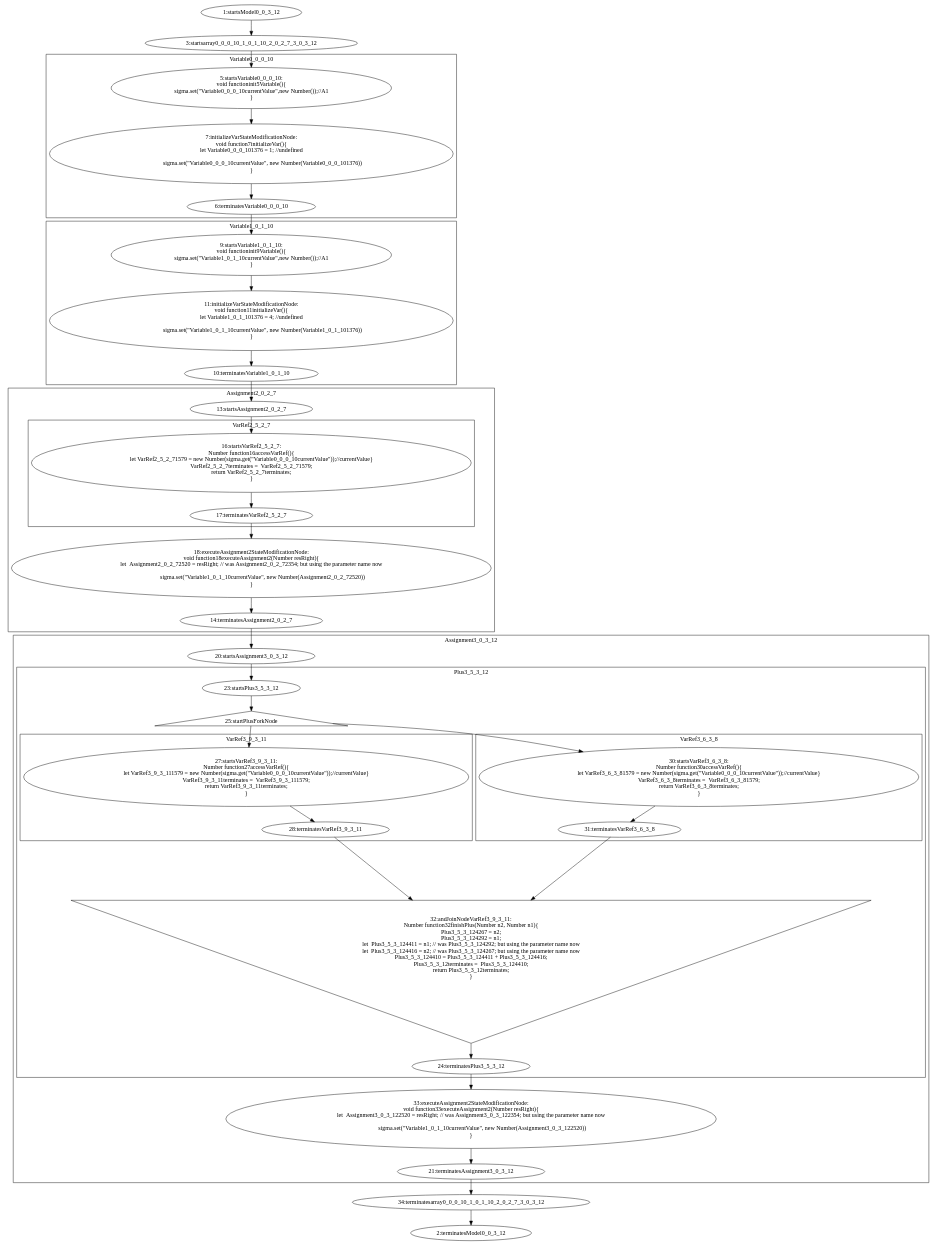
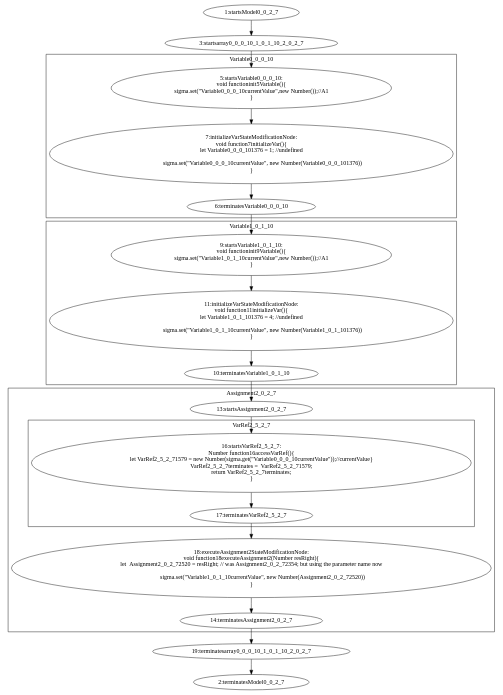
Before and after one commit to WWeishen/interpreter: the diagram in temp/generated/testVarDecl.dot, drawn with Graphviz. The commit also changed 19 other files, not shown here.

```diff
--- a/temp/generated/testVarDecl.dot
+++ b/temp/generated/testVarDecl.dot
@@ -1,128 +1,69 @@
 digraph G {
 subgraph cluster_4 {
 label = "Variable0_0_0_10";
   "5" [label="5:startsVariable0_0_0_10:
 void functioninit5Variable(){
 sigma.set(\"Variable0_0_0_10currentValue\",new Number());//A1
 }" shape="ellipse" ];
   "6" [label="6:terminatesVariable0_0_0_10" shape="ellipse" ];
   "7" [label="7:initializeVarStateModificationNode:
 void function7initializeVar(){
 let Variable0_0_0_101376 = 1; //undefined
 
                 sigma.set(\"Variable0_0_0_10currentValue\", new Number(Variable0_0_0_101376))
 }" shape="ellipse" ];
 }
 subgraph cluster_8 {
 label = "Variable1_0_1_10";
   "9" [label="9:startsVariable1_0_1_10:
 void functioninit9Variable(){
 sigma.set(\"Variable1_0_1_10currentValue\",new Number());//A1
 }" shape="ellipse" ];
   "10" [label="10:terminatesVariable1_0_1_10" shape="ellipse" ];
   "11" [label="11:initializeVarStateModificationNode:
 void function11initializeVar(){
 let Variable1_0_1_101376 = 4; //undefined
 
                 sigma.set(\"Variable1_0_1_10currentValue\", new Number(Variable1_0_1_101376))
 }" shape="ellipse" ];
 }
 subgraph cluster_12 {
 label = "Assignment2_0_2_7";
   "13" [label="13:startsAssignment2_0_2_7" shape="ellipse" ];
   "14" [label="14:terminatesAssignment2_0_2_7" shape="ellipse" ];
   "18" [label="18:executeAssignment2StateModificationNode:
 void function18executeAssignment2(Number resRight){
 let  Assignment2_0_2_72520 = resRight; // was Assignment2_0_2_72354; but using the parameter name now
                                  
                 sigma.set(\"Variable1_0_1_10currentValue\", new Number(Assignment2_0_2_72520))
 }" shape="ellipse" ];
 subgraph cluster_15 {
 label = "VarRef2_5_2_7";
   "16" [label="16:startsVarRef2_5_2_7:
 Number function16accessVarRef(){
 let VarRef2_5_2_71579 = new Number(sigma.get(\"Variable0_0_0_10currentValue\"));//currentValue}
 VarRef2_5_2_7terminates =  VarRef2_5_2_71579;
 return VarRef2_5_2_7terminates;
 }" shape="ellipse" ];
   "17" [label="17:terminatesVarRef2_5_2_7" shape="ellipse" ];
 }
 }
-subgraph cluster_19 {
-label = "Assignment3_0_3_12";
-  "20" [label="20:startsAssignment3_0_3_12" shape="ellipse" ];
-  "21" [label="21:terminatesAssignment3_0_3_12" shape="ellipse" ];
-  "33" [label="33:executeAssignment2StateModificationNode:
-void function33executeAssignment2(Number resRight){
-let  Assignment3_0_3_122520 = resRight; // was Assignment3_0_3_122354; but using the parameter name now
-                                 
-                sigma.set(\"Variable1_0_1_10currentValue\", new Number(Assignment3_0_3_122520))
-}" shape="ellipse" ];
-subgraph cluster_22 {
-label = "Plus3_5_3_12";
-  "23" [label="23:startsPlus3_5_3_12" shape="ellipse" ];
-  "24" [label="24:terminatesPlus3_5_3_12" shape="ellipse" ];
-  "25" [label="25:startPlusForkNode" shape="triangle" ];
-  "32" [label="32:andJoinNodeVarRef3_9_3_11:
-Number function32finishPlus(Number n2, Number n1){
-Plus3_5_3_124267 = n2;
-Plus3_5_3_124292 = n1;
-let  Plus3_5_3_124411 = n1; // was Plus3_5_3_124292; but using the parameter name now
-let  Plus3_5_3_124416 = n2; // was Plus3_5_3_124267; but using the parameter name now
-Plus3_5_3_124410 = Plus3_5_3_124411 + Plus3_5_3_124416;
-Plus3_5_3_12terminates =  Plus3_5_3_124410;
-return Plus3_5_3_12terminates;
-}" shape="invtriangle" ];
-subgraph cluster_26 {
-label = "VarRef3_9_3_11";
-  "27" [label="27:startsVarRef3_9_3_11:
-Number function27accessVarRef(){
-let VarRef3_9_3_111579 = new Number(sigma.get(\"Variable0_0_0_10currentValue\"));//currentValue}
-VarRef3_9_3_11terminates =  VarRef3_9_3_111579;
-return VarRef3_9_3_11terminates;
-}" shape="ellipse" ];
-  "28" [label="28:terminatesVarRef3_9_3_11" shape="ellipse" ];
-}
-subgraph cluster_29 {
-label = "VarRef3_6_3_8";
-  "30" [label="30:startsVarRef3_6_3_8:
-Number function30accessVarRef(){
-let VarRef3_6_3_81579 = new Number(sigma.get(\"Variable0_0_0_10currentValue\"));//currentValue}
-VarRef3_6_3_8terminates =  VarRef3_6_3_81579;
-return VarRef3_6_3_8terminates;
-}" shape="ellipse" ];
-  "31" [label="31:terminatesVarRef3_6_3_8" shape="ellipse" ];
-}
-}
-}
-  "1" [label="1:startsModel0_0_3_12" shape="ellipse" ];
-  "2" [label="2:terminatesModel0_0_3_12" shape="ellipse" ];
-  "3" [label="3:startsarray0_0_0_10_1_0_1_10_2_0_2_7_3_0_3_12" shape="ellipse" ];
-  "34" [label="34:terminatesarray0_0_0_10_1_0_1_10_2_0_2_7_3_0_3_12" shape="ellipse" ];
+  "1" [label="1:startsModel0_0_2_7" shape="ellipse" ];
+  "2" [label="2:terminatesModel0_0_2_7" shape="ellipse" ];
+  "3" [label="3:startsarray0_0_0_10_1_0_1_10_2_0_2_7" shape="ellipse" ];
+  "19" [label="19:terminatesarray0_0_0_10_1_0_1_10_2_0_2_7" shape="ellipse" ];
   "5" -> "7" [label=""];
   "7" -> "6" [label=""];
   "9" -> "11" [label=""];
   "11" -> "10" [label=""];
   "16" -> "17" [label=""];
   "13" -> "16" [label=""];
   "17" -> "18" [label=""];
   "18" -> "14" [label=""];
-  "27" -> "28" [label=""];
-  "30" -> "31" [label=""];
-  "23" -> "25" [label=""];
-  "25" -> "27" [label=""];
-  "25" -> "30" [label=""];
-  "28" -> "32" [label=""];
-  "31" -> "32" [label=""];
-  "32" -> "24" [label=""];
-  "20" -> "23" [label=""];
-  "24" -> "33" [label=""];
-  "33" -> "21" [label=""];
   "1" -> "3" [label=""];
   "3" -> "5" [label=""];
   "6" -> "9" [label=""];
   "10" -> "13" [label=""];
-  "14" -> "20" [label=""];
-  "21" -> "34" [label=""];
-  "34" -> "2" [label=""];
+  "14" -> "19" [label=""];
+  "19" -> "2" [label=""];
 }
```
